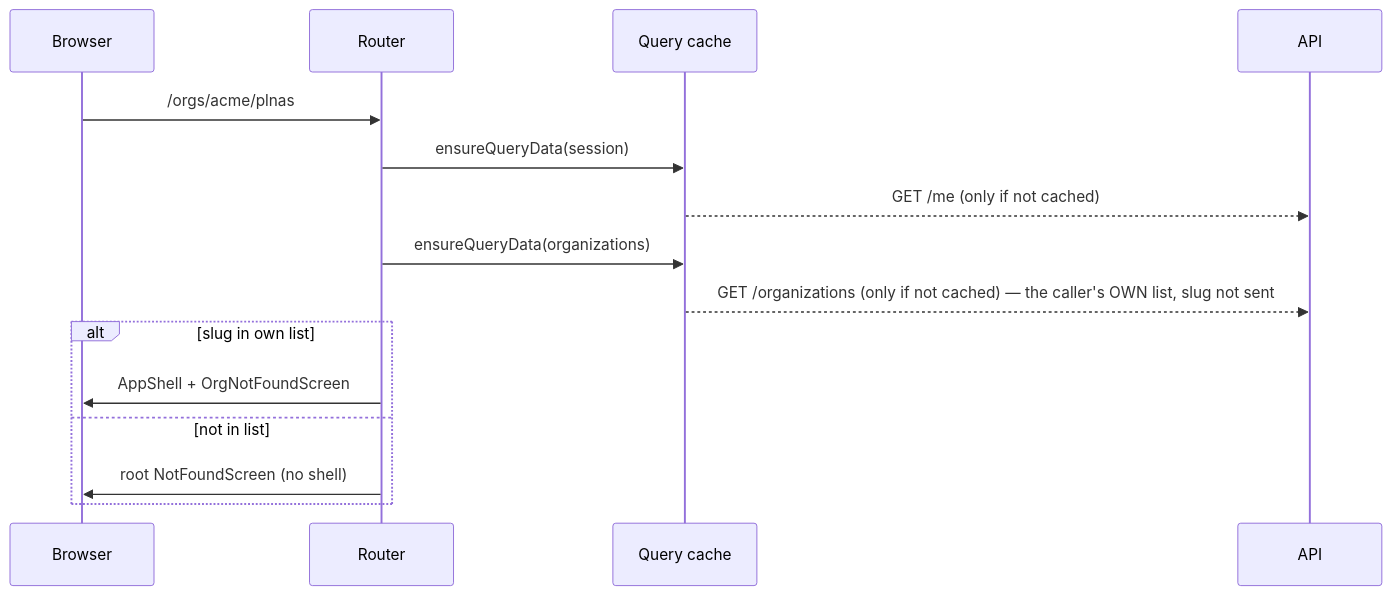
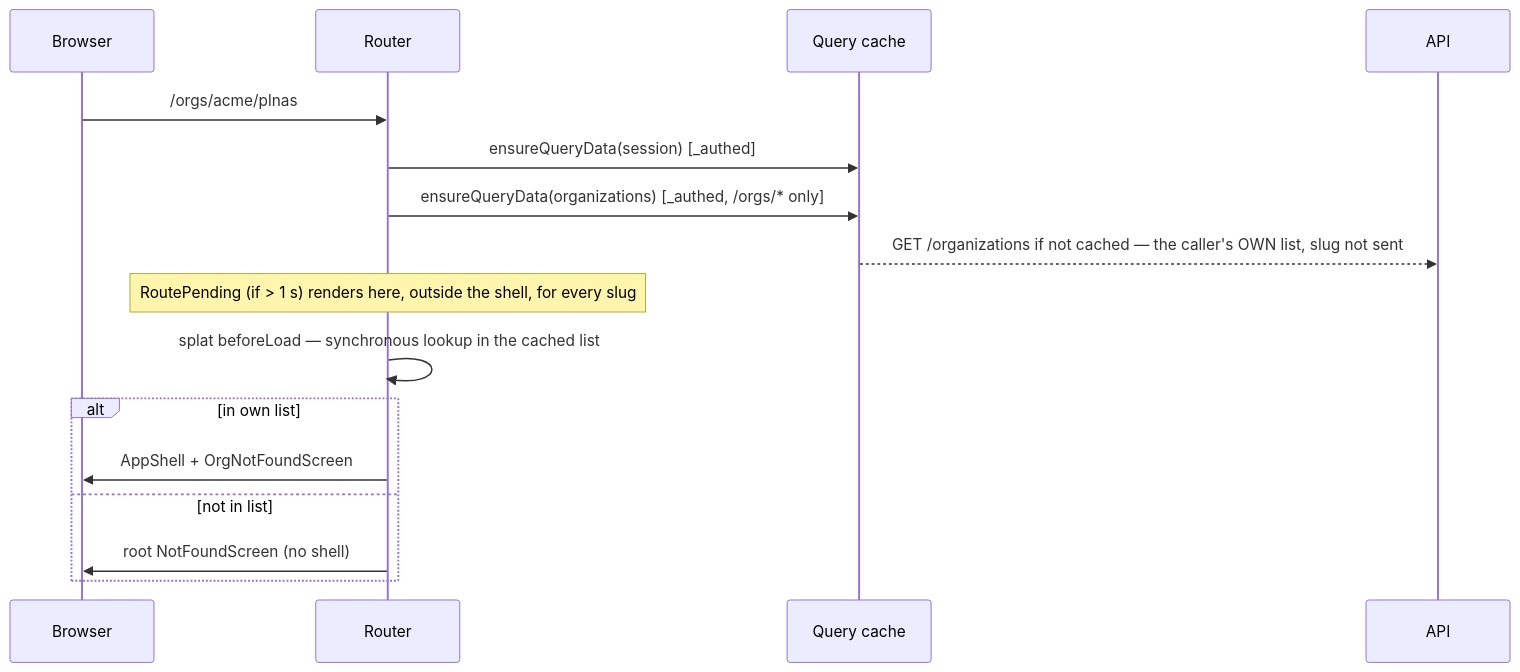
The second of 3 diagrams in docs/specs/in-shell-not-found/feature-spec.md (HuttonHomeHub/SchedulePoint_1), drawn with Mermaid before and after one commit. The commit also changed other lines of this file and 2 other files, not shown here.

First line of the commit message:
docs(docs): fold the four reviews into the in-shell not-found spec

````diff
--- a/docs/specs/in-shell-not-found/feature-spec.md
+++ b/docs/specs/in-shell-not-found/feature-spec.md
@@ -147,17 +153,18 @@
 ```mermaid
 sequenceDiagram
   participant B as Browser
   participant R as Router
   participant Q as Query cache
   participant API
   B->>R: /orgs/acme/plnas
-  R->>Q: ensureQueryData(session)
-  Q-->>API: GET /me (only if not cached)
-  R->>Q: ensureQueryData(organizations)
-  Q-->>API: GET /organizations (only if not cached) — the caller's OWN list, slug not sent
-  alt slug in own list
+  R->>Q: ensureQueryData(session)  [_authed]
+  R->>Q: ensureQueryData(organizations)  [_authed, /orgs/* only]
+  Q-->>API: GET /organizations if not cached — the caller's OWN list, slug not sent
+  Note over R: RoutePending (if > 1 s) renders here, outside the shell, for every slug
+  R->>R: splat beforeLoad — synchronous lookup in the cached list
+  alt in own list
     R->>B: AppShell + OrgNotFoundScreen
   else not in list
     R->>B: root NotFoundScreen (no shell)
   end
 ```
````
